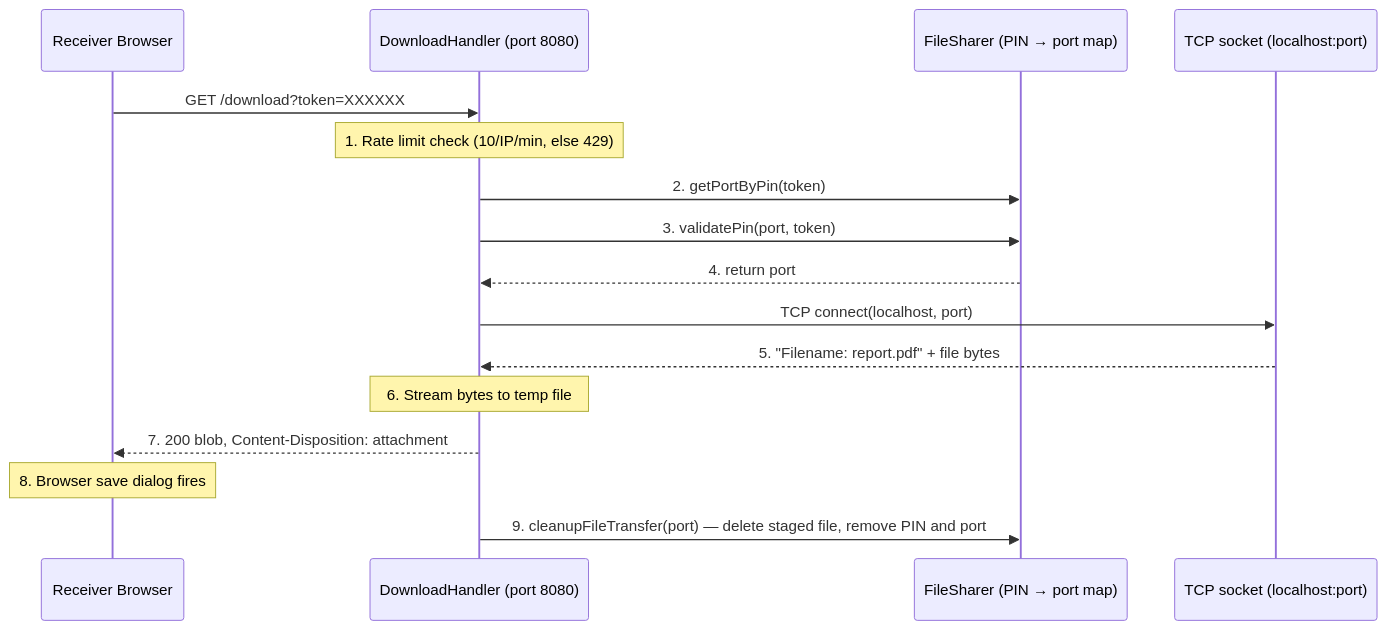
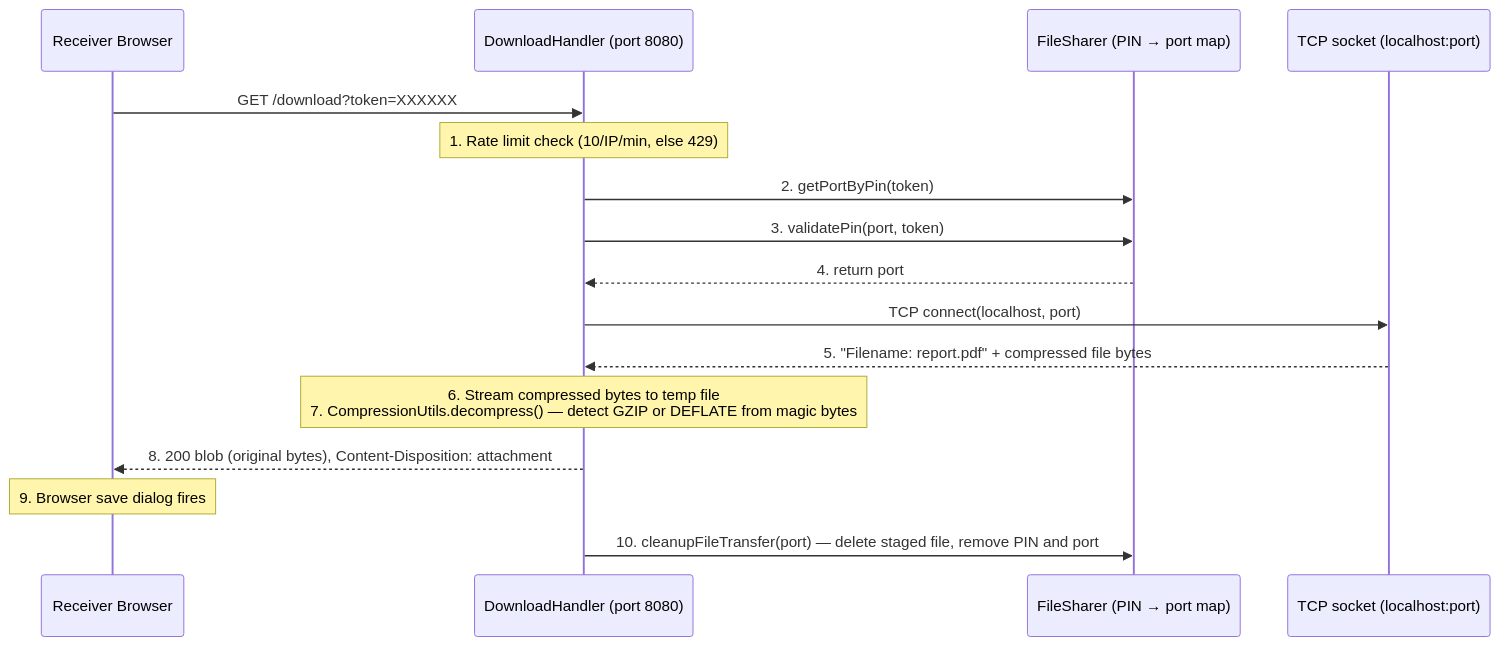
Before and after one commit to utkarsh-gupta17/SwiftShare: the fourth of 7 diagrams in README.md, drawn with Mermaid. The commit also changed other lines of this file and 3 other files, not shown here.

````diff
--- a/README.md
+++ b/README.md
@@ -199,19 +199,19 @@
 ```mermaid
 sequenceDiagram
     participant R as Receiver Browser
     participant DH as DownloadHandler (port 8080)
     participant FS as FileSharer (PIN → port map)
     participant S as TCP socket (localhost:port)
 
     R->>DH: GET /download?token=XXXXXX
     Note over DH: 1. Rate limit check (10/IP/min, else 429)
     DH->>FS: 2. getPortByPin(token)
     DH->>FS: 3. validatePin(port, token)
     FS-->>DH: 4. return port
     DH->>S: TCP connect(localhost, port)
-    S-->>DH: 5. "Filename: report.pdf" + file bytes
-    Note over DH: 6. Stream bytes to temp file
-    DH-->>R: 7. 200 blob, Content-Disposition: attachment
-    Note over R: 8. Browser save dialog fires
-    DH->>FS: 9. cleanupFileTransfer(port) — delete staged file, remove PIN and port
+    S-->>DH: 5. "Filename: report.pdf" + compressed file bytes
+    Note over DH: 6. Stream compressed bytes to temp file<br/>7. CompressionUtils.decompress() — detect GZIP or DEFLATE from magic bytes
+    DH-->>R: 8. 200 blob (original bytes), Content-Disposition: attachment
+    Note over R: 9. Browser save dialog fires
+    DH->>FS: 10. cleanupFileTransfer(port) — delete staged file, remove PIN and port
 ```
````
